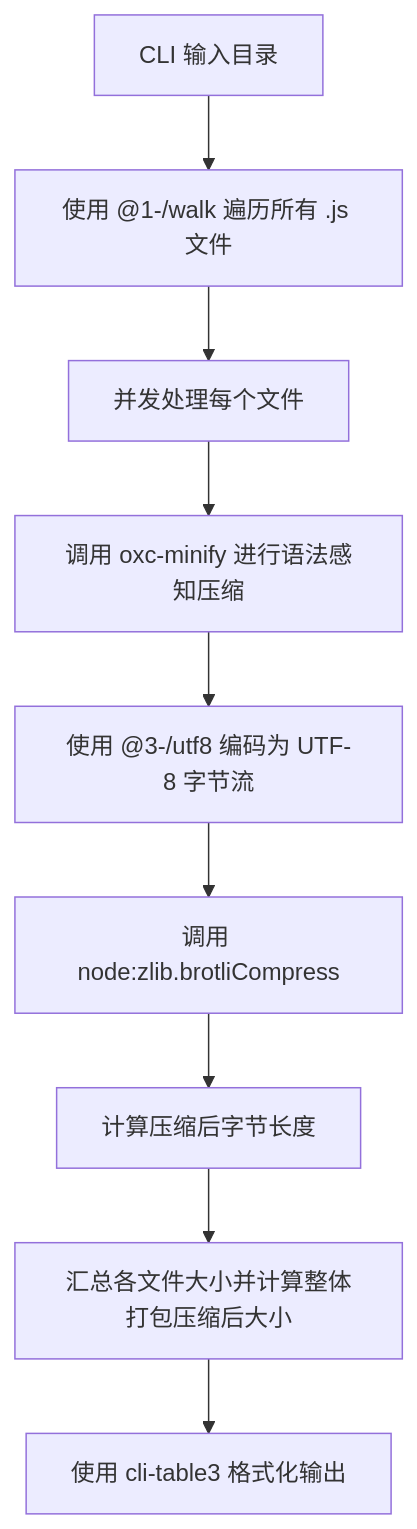
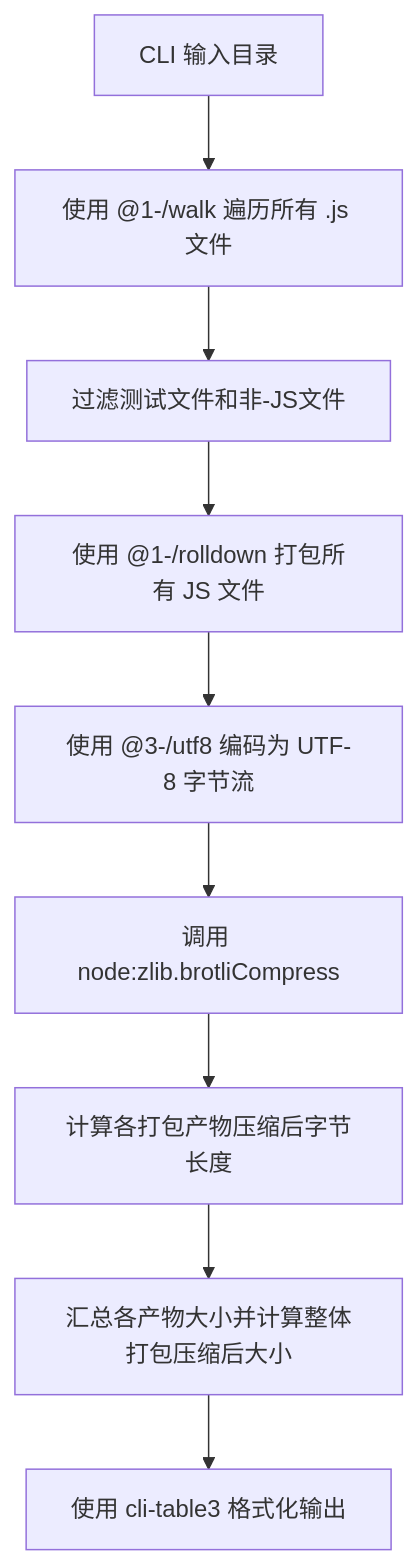
One commit to webc-site/npm changed the diagram in minify_size/readme/zh/README.md. Above: the diagram before and after it, drawn with Mermaid. The commit also changed other lines of this file and 11 other files, not shown here.

````diff
--- a/minify_size/readme/zh/README.md
+++ b/minify_size/readme/zh/README.md
@@ -44,11 +44,11 @@
 ```mermaid
 graph TD
     A[CLI 输入目录] --> B[使用 @1-/walk 遍历所有 .js 文件]
-    B --> C[并发处理每个文件]
-    C --> D[调用 oxc-minify 进行语法感知压缩]
+    B --> C[过滤测试文件和非-JS文件]
+    C --> D[使用 @1-/rolldown 打包所有 JS 文件]
     D --> E[使用 @3-/utf8 编码为 UTF-8 字节流]
     E --> F[调用 node:zlib.brotliCompress]
-    F --> G[计算压缩后字节长度]
-    G --> H[汇总各文件大小并计算整体打包压缩后大小]
+    F --> G[计算各打包产物压缩后字节长度]
+    G --> H[汇总各产物大小并计算整体打包压缩后大小]
     H --> I[使用 cli-table3 格式化输出]
 ```
````
